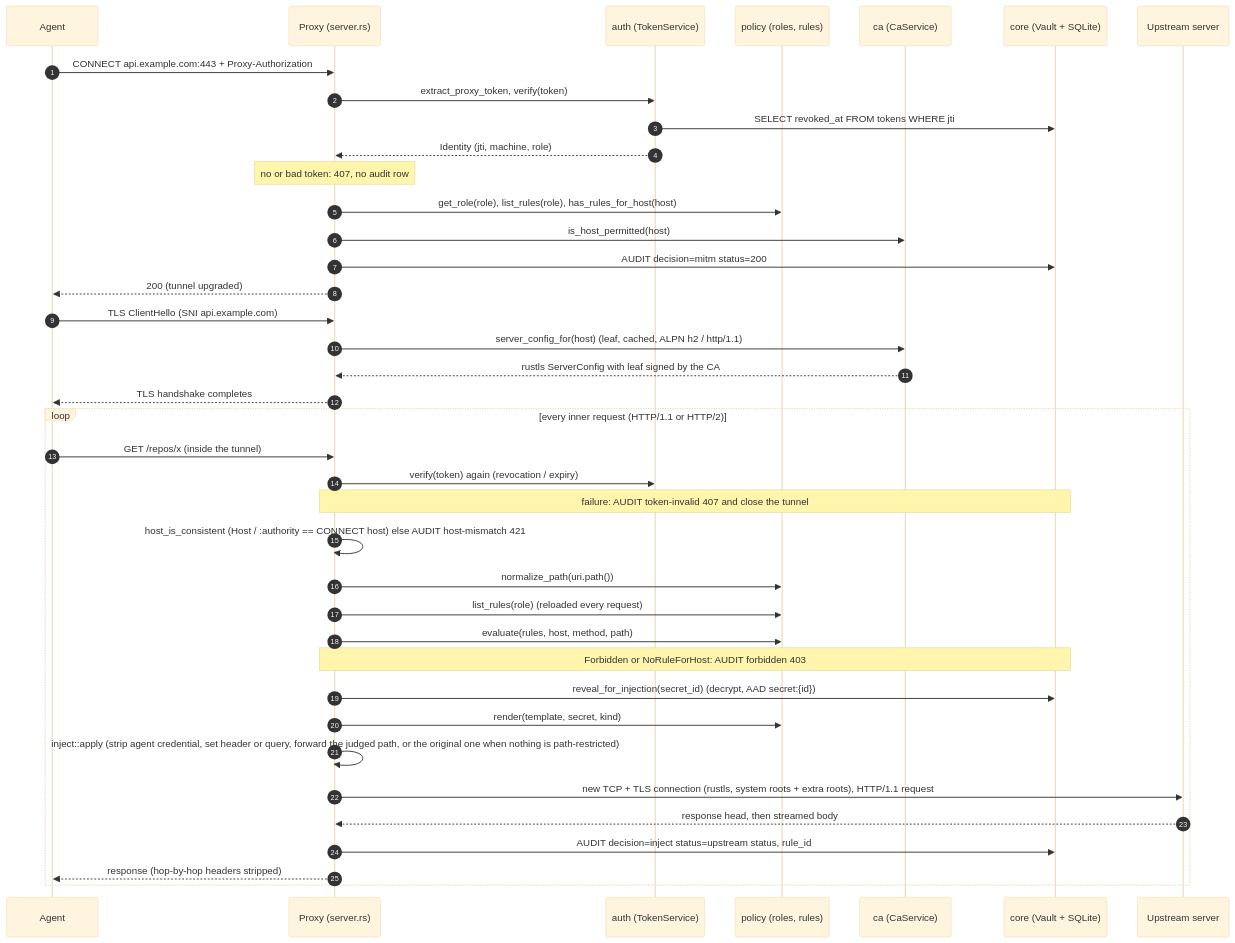
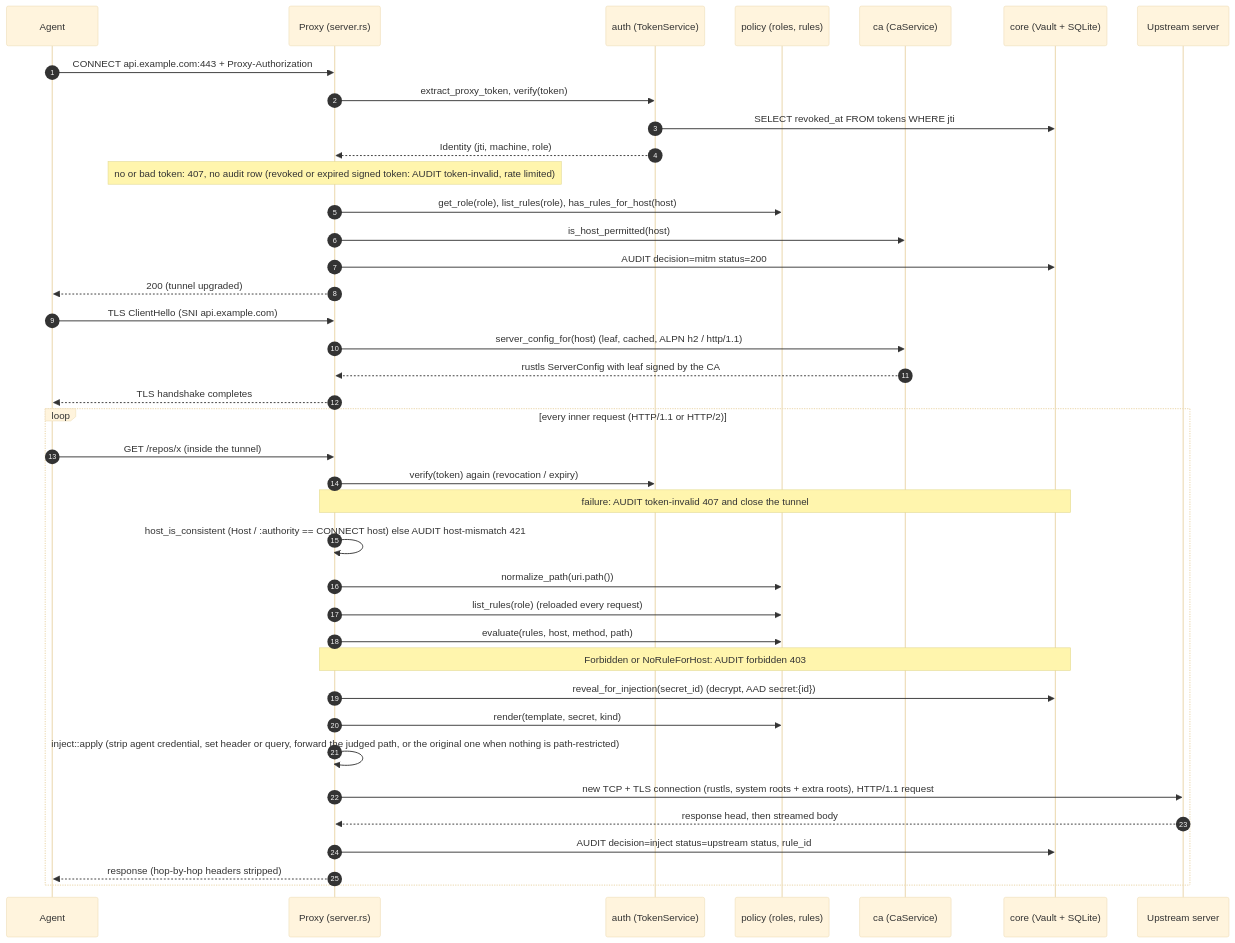
One commit to javanton/secret-custodian changed the third of 3 diagrams in docs/architecture.md. Above: the diagram before and after it, drawn with Mermaid (base theme). The commit also changed other lines of this file and 5 other files, not shown here.

Commit message:
docs: document the audit of revoked and expired tokens

````diff
--- a/docs/architecture.md
+++ b/docs/architecture.md
@@ -151,43 +151,43 @@
 ```mermaid
 sequenceDiagram
     autonumber
     participant A as Agent
     participant P as Proxy (server.rs)
     participant Au as auth (TokenService)
     participant Po as policy (roles, rules)
     participant C as ca (CaService)
     participant V as core (Vault + SQLite)
     participant U as Upstream server
 
     A->>P: CONNECT api.example.com:443 + Proxy-Authorization
     P->>Au: extract_proxy_token, verify(token)
     Au->>V: SELECT revoked_at FROM tokens WHERE jti
     Au-->>P: Identity (jti, machine, role)
-    Note over P: no or bad token: 407, no audit row
+    Note over P: no or bad token: 407, no audit row (revoked or expired signed token: AUDIT token-invalid, rate limited)
     P->>Po: get_role(role), list_rules(role), has_rules_for_host(host)
     P->>C: is_host_permitted(host)
     P->>V: AUDIT decision=mitm status=200
     P-->>A: 200 (tunnel upgraded)
     A->>P: TLS ClientHello (SNI api.example.com)
     P->>C: server_config_for(host) (leaf, cached, ALPN h2 / http/1.1)
     C-->>P: rustls ServerConfig with leaf signed by the CA
     P-->>A: TLS handshake completes
 
     loop every inner request (HTTP/1.1 or HTTP/2)
         A->>P: GET /repos/x (inside the tunnel)
         P->>Au: verify(token) again (revocation / expiry)
         Note over P,V: failure: AUDIT token-invalid 407 and close the tunnel
         P->>P: host_is_consistent (Host / :authority == CONNECT host) else AUDIT host-mismatch 421
         P->>Po: normalize_path(uri.path())
         P->>Po: list_rules(role) (reloaded every request)
         P->>Po: evaluate(rules, host, method, path)
         Note over P,V: Forbidden or NoRuleForHost: AUDIT forbidden 403
         P->>V: reveal_for_injection(secret_id) (decrypt, AAD secret:{id})
         P->>Po: render(template, secret, kind)
         P->>P: inject::apply (strip agent credential, set header or query, forward the judged path, or the original one when nothing is path-restricted)
         P->>U: new TCP + TLS connection (rustls, system roots + extra roots), HTTP/1.1 request
         U-->>P: response head, then streamed body
         P->>V: AUDIT decision=inject status=upstream status, rule_id
         P-->>A: response (hop-by-hop headers stripped)
     end
 ```
````
